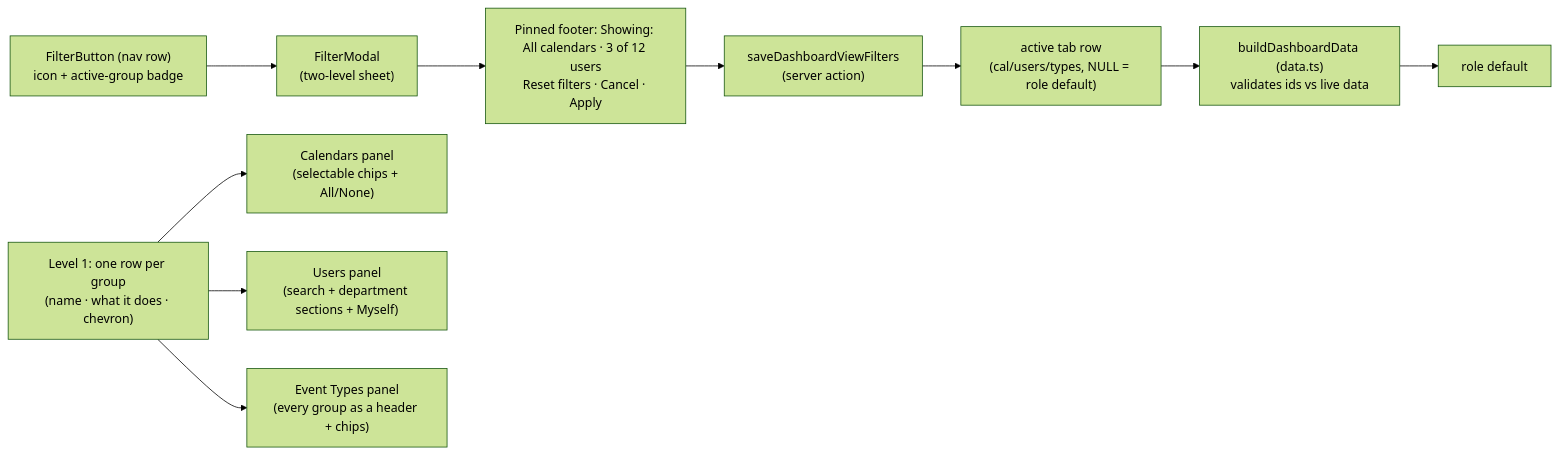
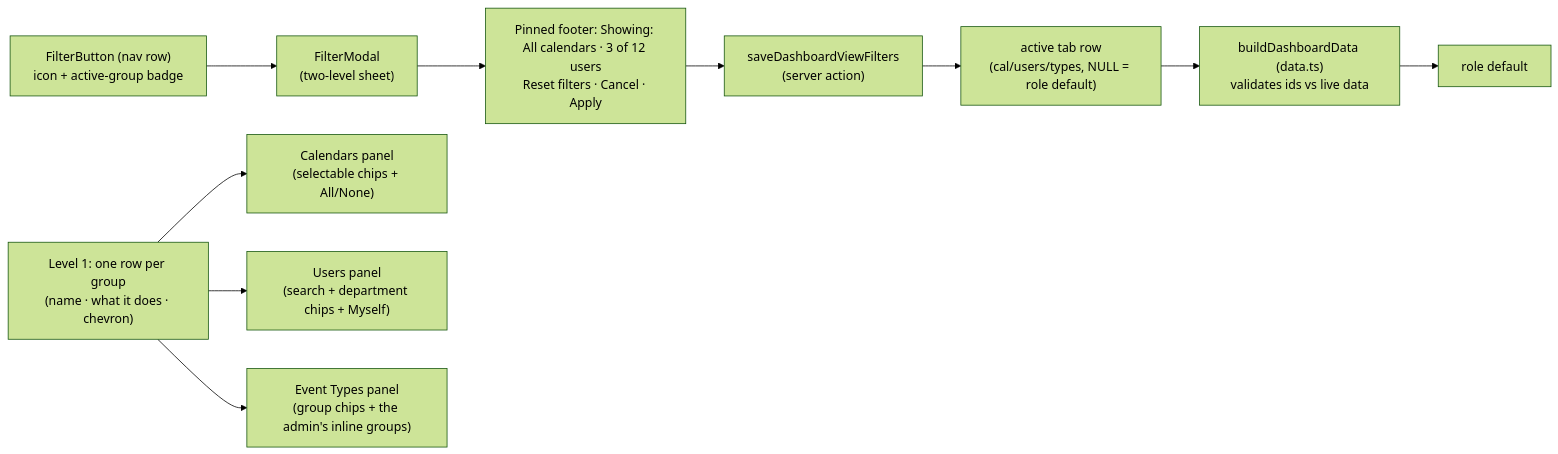
Before and after one commit to oncloudnintynineone-source/cloudy2: the second of 8 diagrams in docs/dashboard-views.md, drawn with Mermaid (forest theme). The commit also changed other lines of this file and 24 other files, not shown here.

````diff
--- a/docs/dashboard-views.md
+++ b/docs/dashboard-views.md
@@ -753,13 +772,13 @@
 ```mermaid
 flowchart LR
  FB["FilterButton (nav row)<br/>icon + active-group badge"] --> FM["FilterModal<br/>(two-level sheet)"]
  ROWS["Level 1: one row per group<br/>(name · what it does · chevron)"]
 	ROWS --> CAL["Calendars panel<br/>(selectable chips + All/None)"]
- ROWS --> US["Users panel<br/>(search + department sections + Myself)"]
- ROWS --> ET["Event Types panel<br/>(every group as a header + chips)"]
+ ROWS --> US["Users panel<br/>(search + department chips + Myself)"]
+ ROWS --> ET["Event Types panel<br/>(group chips + the admin's inline groups)"]
  FM --> FOOT["Pinned footer: Showing: All calendars · 3 of 12 users<br/>Reset filters · Cancel · Apply"]
  FOOT --> APPLY["saveDashboardViewFilters<br/>(server action)"]
  APPLY --> ROW["active tab row<br/>(cal/users/types, NULL = role default)"]
  ROW --> RESOLVE["buildDashboardData (data.ts)<br/>validates ids vs live data"]
  RESOLVE --> DEF["role default"]
 ```
````
